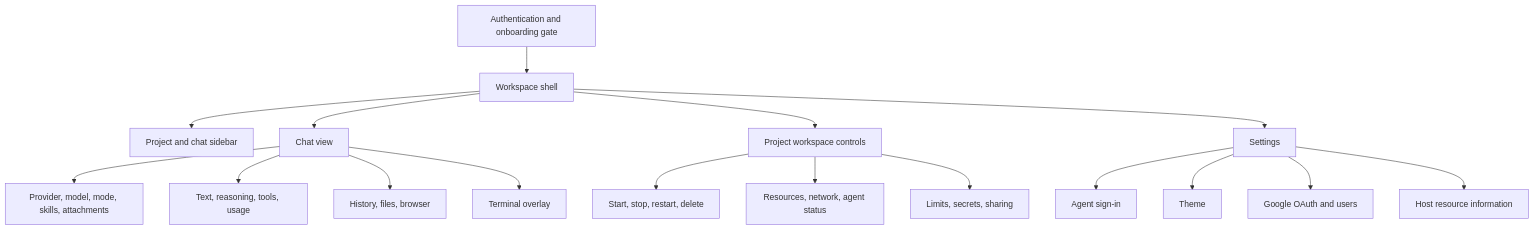
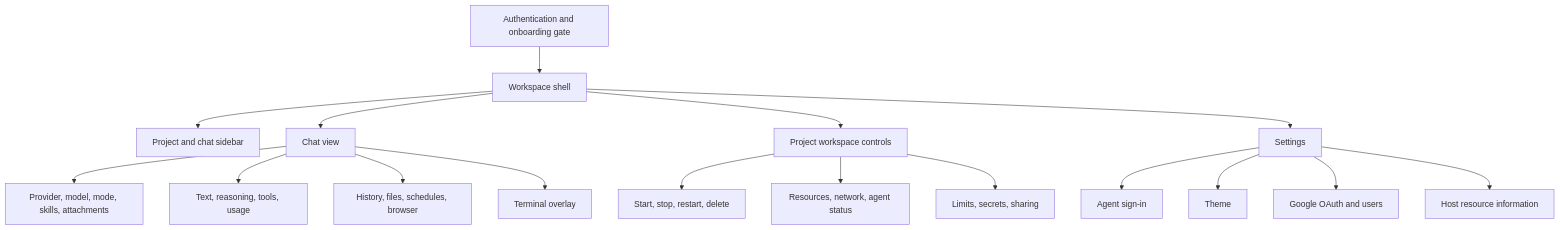
The second of 3 diagrams in docs/01-overview/01-system-overview.md (AbdallahMohamedDotnet/remote.futrx), drawn with Mermaid before and after one commit. The commit also changed other lines of this file and 25 other files, not shown here.

````diff
--- a/docs/01-overview/01-system-overview.md
+++ b/docs/01-overview/01-system-overview.md
@@ -48,22 +52,22 @@
 ```mermaid
 flowchart TD
     Gate["Authentication and onboarding gate"] --> Shell["Workspace shell"]
     Shell --> Sidebar["Project and chat sidebar"]
     Shell --> Chat["Chat view"]
     Shell --> Projects["Project workspace controls"]
     Shell --> Settings["Settings"]
 
     Chat --> Composer["Provider, model, mode, skills, attachments"]
     Chat --> Messages["Text, reasoning, tools, usage"]
-    Chat --> Drawers["History, files, browser"]
+    Chat --> Drawers["History, files, schedules, browser"]
     Chat --> Terminal["Terminal overlay"]
 
     Projects --> Lifecycle["Start, stop, restart, delete"]
     Projects --> Inspect["Resources, network, agent status"]
     Projects --> Manage["Limits, secrets, sharing"]
 
     Settings --> Agents["Agent sign-in"]
     Settings --> Appearance["Theme"]
     Settings --> Users["Google OAuth and users"]
     Settings --> Server["Host resource information"]
 ```
````
